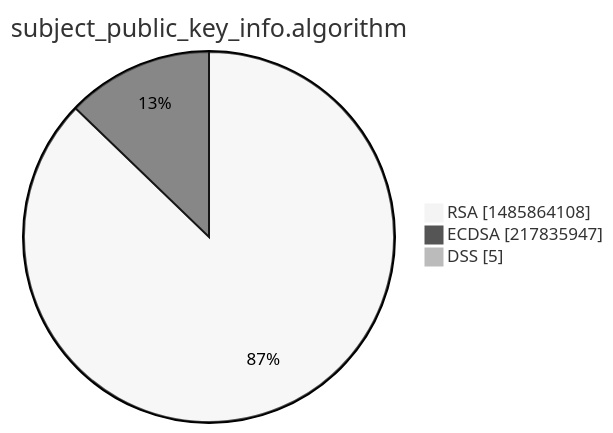
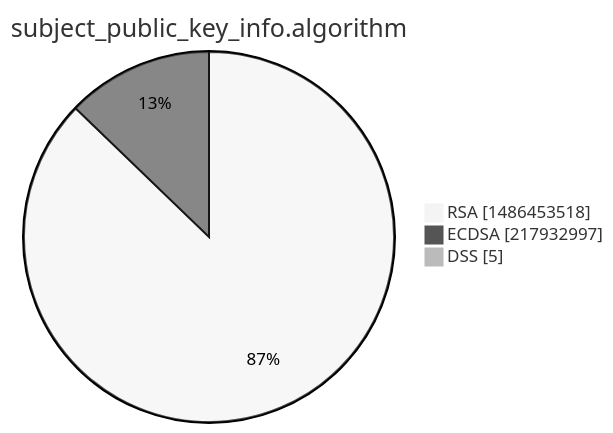
The third of 15 diagrams in xenon2022/README.md (christiankrug/ctmonitor_visualization), drawn with Mermaid (neutral theme) before and after one commit. The commit also changed other lines of this file, not shown here.

````diff
--- a/xenon2022/README.md
+++ b/xenon2022/README.md
@@ -14,7 +14,7 @@
 ```mermaid
 pie showData
 title subject_public_key_info.algorithm
-"RSA" :1485864108
-"ECDSA" :217835947
+"RSA" :1486453518
+"ECDSA" :217932997
 "DSS" :5
 ```
````
